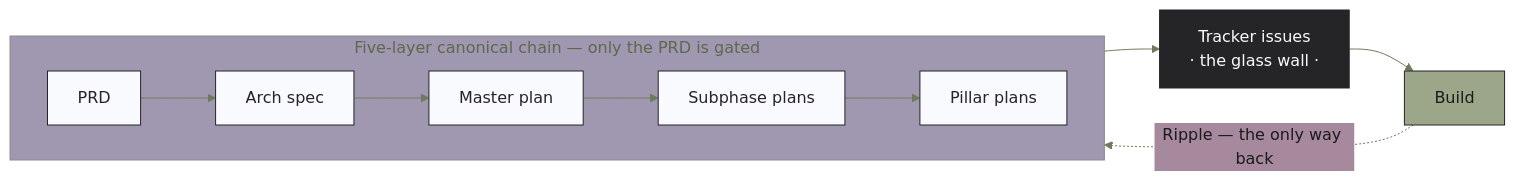
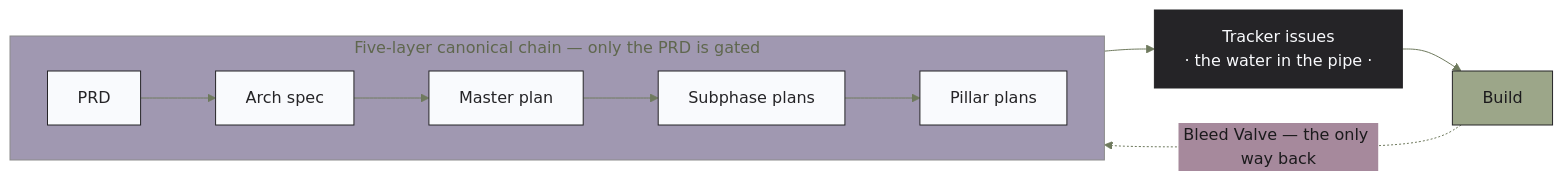
The first of 2 diagrams in README.md (llamallamaredpajama/idc-workflow), drawn with Mermaid before and after one commit. The commit also changed other lines of this file and 10 other files, not shown here.

````diff
--- a/README.md
+++ b/README.md
@@ -159,15 +165,15 @@
 ```mermaid
 %%{init: {'theme':'base','themeVariables':{'primaryColor':'#9CA689','primaryTextColor':'#1b1a1c','primaryBorderColor':'#252427','lineColor':'#6f7a5e','fontFamily':'Trebuchet MS, Verdana, sans-serif'}}}%%
 flowchart LR
     subgraph chain["Five-layer canonical chain — only the PRD is gated"]
         direction LR
         PRD["PRD"]:::doc --> SPEC["Arch spec"]:::doc --> MP["Master plan"]:::doc --> SUB["Subphase plans"]:::doc --> PIL["Pillar plans"]:::doc
     end
-    PIL --> ISS["Tracker issues<br/>· the glass wall ·"]:::wall
+    PIL --> ISS["Tracker issues<br/>· the water in the pipe ·"]:::wall
     ISS --> BUILD["Build"]:::stage
-    BUILD -.->|"Ripple — the only way back"| PRD
+    BUILD -.->|"Bleed Valve — the only way back"| PRD
 
     classDef doc fill:#F9FAFD,stroke:#252427,color:#252427;
     classDef stage fill:#9CA689,stroke:#252427,color:#1b1a1c;
     classDef wall fill:#252427,stroke:#252427,color:#F9FAFD;
 ```
````
